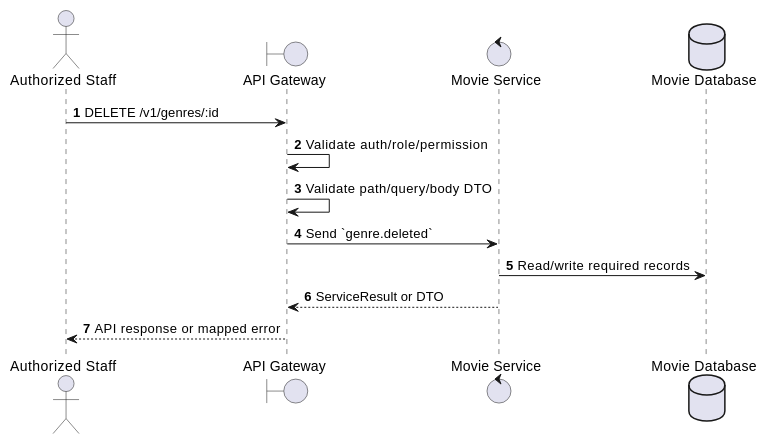
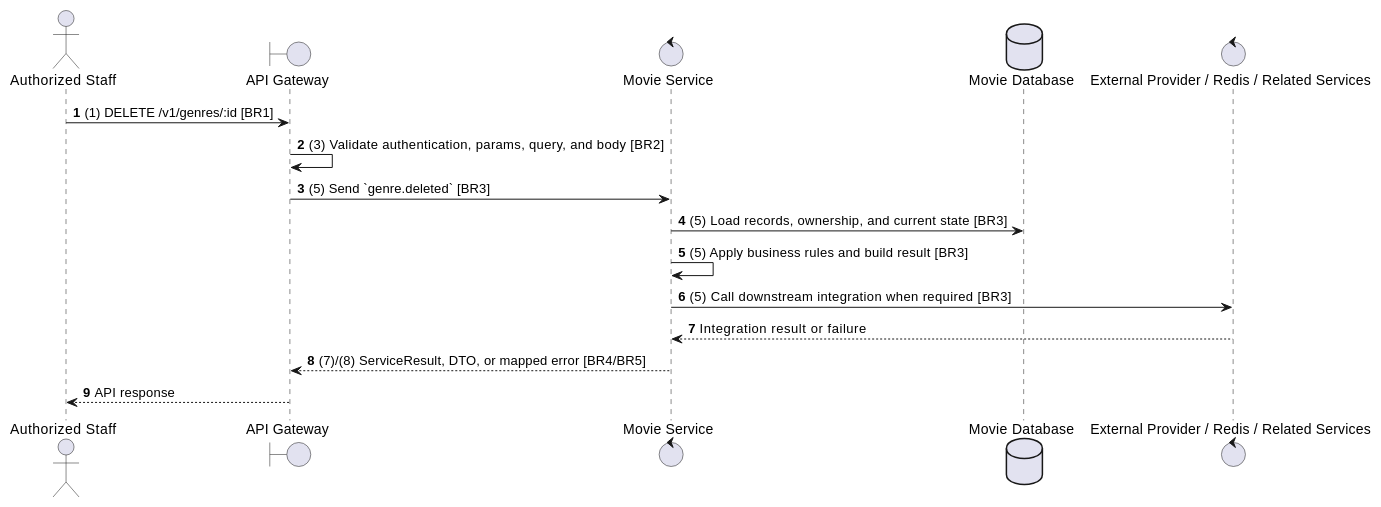
One commit to Tanh1603/movie-hub-architecture changed the second of 2 diagrams in docs/functional_specs/3.3.3_Genre_Management/GM-05_Delete_Genre.md. Above: the diagram before and after it, drawn with PlantUML. The commit also changed other lines of this file and 129 other files, not shown here.

````diff
--- a/docs/functional_specs/3.3.3_Genre_Management/GM-05_Delete_Genre.md
+++ b/docs/functional_specs/3.3.3_Genre_Management/GM-05_Delete_Genre.md
@@ -17,17 +64,20 @@
 ```plantuml
 @startuml
 autonumber
 actor "Authorized Staff" as Actor
 boundary "API Gateway" as GW
 control "Movie Service" as SVC
 database "Movie Database" as DB
+control "External Provider / Redis / Related Services" as EXT
 
-Actor -> GW: DELETE /v1/genres/:id
-GW -> GW: Validate auth/role/permission
-GW -> GW: Validate path/query/body DTO
-GW -> SVC: Send `genre.deleted`
-SVC -> DB: Read/write required records
-SVC --> GW: ServiceResult or DTO
-GW --> Actor: API response or mapped error
+Actor -> GW: (1) DELETE /v1/genres/:id [BR1]
+GW -> GW: (3) Validate authentication, params, query, and body [BR2]
+GW -> SVC: (5) Send `genre.deleted` [BR3]
+SVC -> DB: (5) Load records, ownership, and current state [BR3]
+SVC -> SVC: (5) Apply business rules and build result [BR3]
+SVC -> EXT: (5) Call downstream integration when required [BR3]
+EXT --> SVC: Integration result or failure
+SVC --> GW: (7)/(8) ServiceResult, DTO, or mapped error [BR4/BR5]
+GW --> Actor: API response
 @enduml
 ```
````
